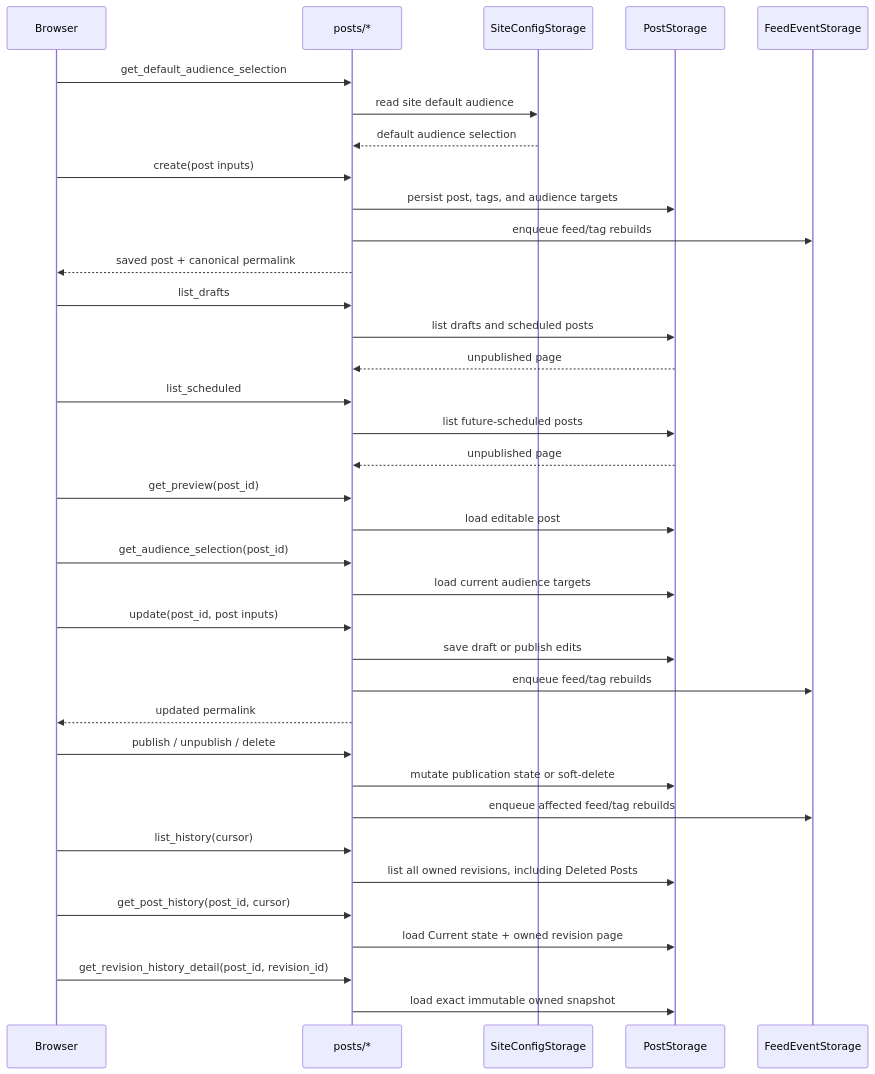
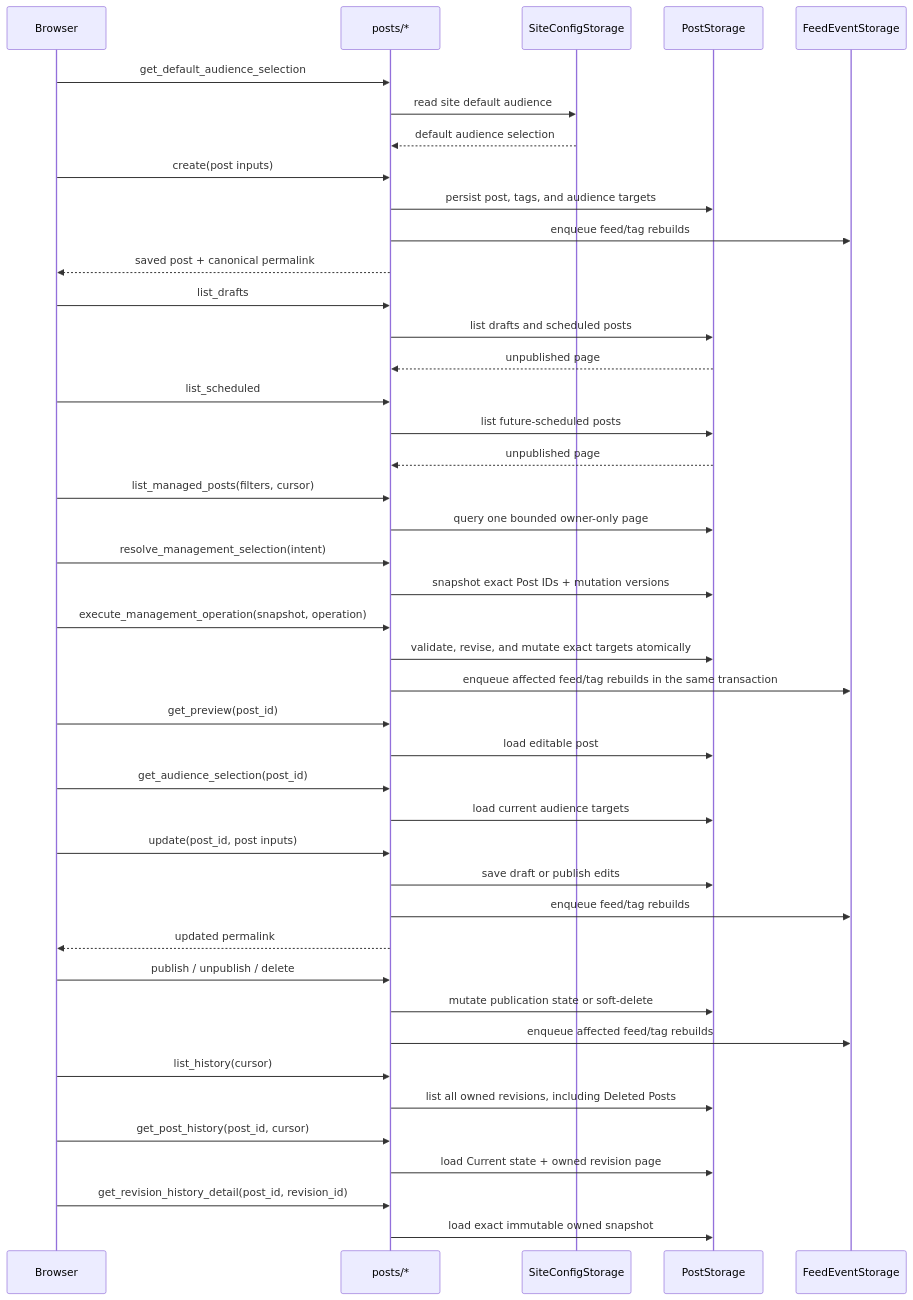
Before and after one commit to jaunder-org/jaunder: the diagram in docs/flows/post-authoring-lifecycle.md, drawn with Mermaid. The commit also changed other lines of this file and 49 other files, not shown here.

Commit message:
feat(posts): add bulk management workspace (#1625)

````diff
--- a/docs/flows/post-authoring-lifecycle.md
+++ b/docs/flows/post-authoring-lifecycle.md
@@ -72,46 +81,54 @@
 ```mermaid
 sequenceDiagram
     participant Browser
     participant Posts as posts/*
     participant Site as SiteConfigStorage
     participant Store as PostStorage
     participant Feed as FeedEventStorage
 
     Browser->>Posts: get_default_audience_selection
     Posts->>Site: read site default audience
     Site-->>Posts: default audience selection
 
     Browser->>Posts: create(post inputs)
     Posts->>Store: persist post, tags, and audience targets
     Posts->>Feed: enqueue feed/tag rebuilds
     Posts-->>Browser: saved post + canonical permalink
 
     Browser->>Posts: list_drafts
     Posts->>Store: list drafts and scheduled posts
     Store-->>Posts: unpublished page
 
     Browser->>Posts: list_scheduled
     Posts->>Store: list future-scheduled posts
     Store-->>Posts: unpublished page
 
+    Browser->>Posts: list_managed_posts(filters, cursor)
+    Posts->>Store: query one bounded owner-only page
+    Browser->>Posts: resolve_management_selection(intent)
+    Posts->>Store: snapshot exact Post IDs + mutation versions
+    Browser->>Posts: execute_management_operation(snapshot, operation)
+    Posts->>Store: validate, revise, and mutate exact targets atomically
+    Posts->>Feed: enqueue affected feed/tag rebuilds in the same transaction
+
     Browser->>Posts: get_preview(post_id)
     Posts->>Store: load editable post
     Browser->>Posts: get_audience_selection(post_id)
     Posts->>Store: load current audience targets
 
     Browser->>Posts: update(post_id, post inputs)
     Posts->>Store: save draft or publish edits
     Posts->>Feed: enqueue feed/tag rebuilds
     Posts-->>Browser: updated permalink
 
     Browser->>Posts: publish / unpublish / delete
     Posts->>Store: mutate publication state or soft-delete
     Posts->>Feed: enqueue affected feed/tag rebuilds
 
     Browser->>Posts: list_history(cursor)
     Posts->>Store: list all owned revisions, including Deleted Posts
     Browser->>Posts: get_post_history(post_id, cursor)
     Posts->>Store: load Current state + owned revision page
     Browser->>Posts: get_revision_history_detail(post_id, revision_id)
     Posts->>Store: load exact immutable owned snapshot
 ```
````
